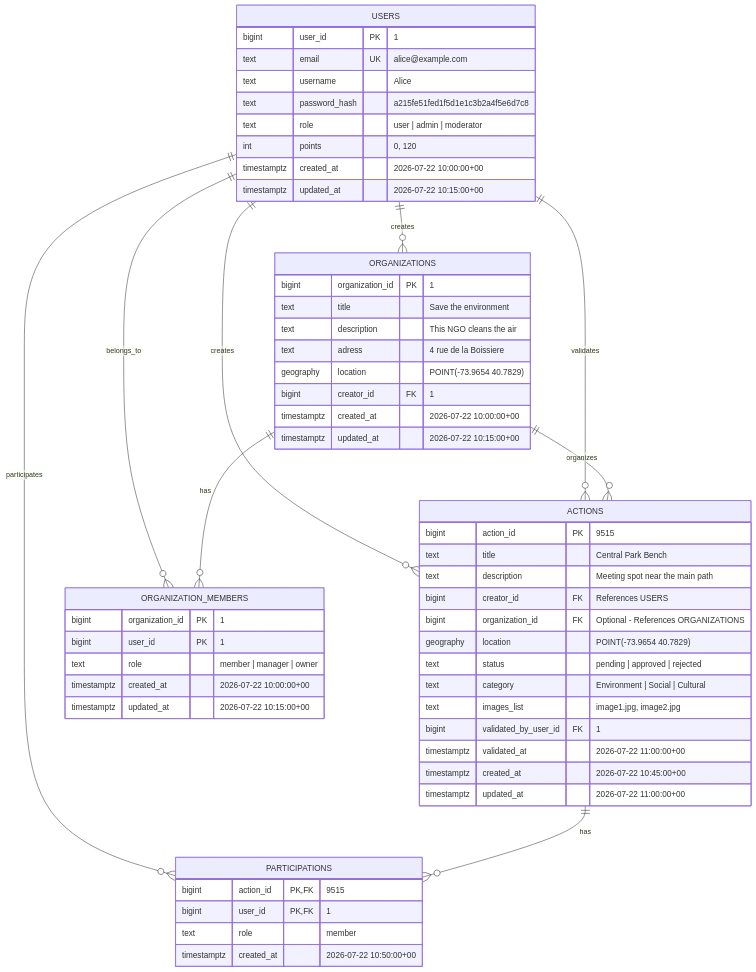
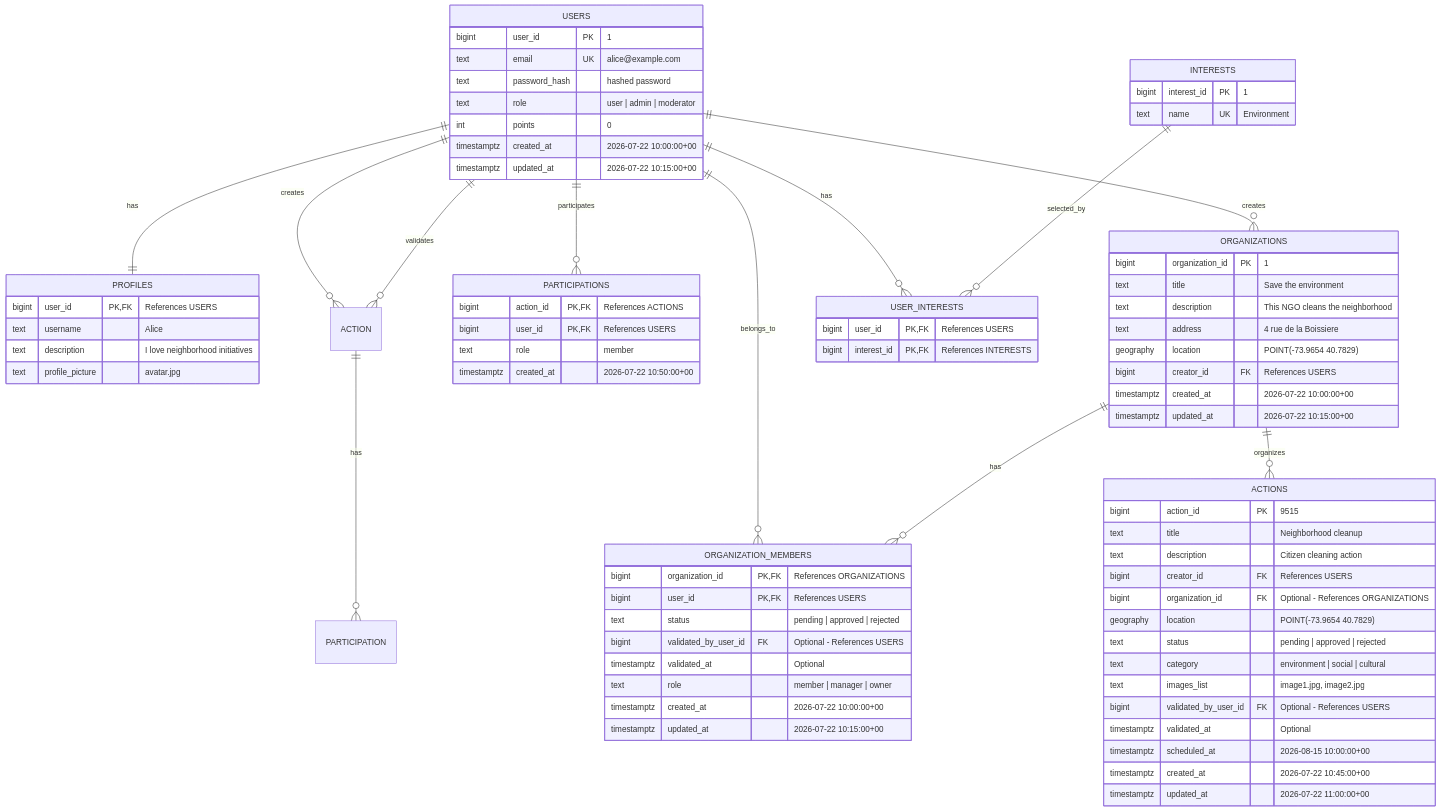
The diagram in Docs/database.md (Pioupiounade/Transcendance), drawn with Mermaid before and after one commit. The commit also changed 1 other file, not shown here.

Commit message:
modifs schema prisma avant d'aller delog la connasse qui a pique mon poste

````diff
--- a/Docs/database.md
+++ b/Docs/database.md
@@ -5,66 +5,91 @@
 ```mermaid
-erDiagram
-    USERS ||--o{ ACTIONS : creates
-    USERS ||--o{ ACTIONS : validates
+   erDiagram
+   
+   USERS ||--|| PROFILES : has
+
+    USERS ||--o{ ACTION : creates
+    USERS ||--o{ ACTION : validates
     USERS ||--o{ PARTICIPATIONS : participates
-    ACTIONS ||--o{ PARTICIPATIONS : has
+    ACTION ||--o{ PARTICIPATION : has
 
     USERS ||--o{ ORGANIZATIONS : creates
     USERS ||--o{ ORGANIZATION_MEMBERS : belongs_to
     ORGANIZATIONS ||--o{ ORGANIZATION_MEMBERS : has
     ORGANIZATIONS ||--o{ ACTIONS : organizes
 
-	USERS {
-		bigint user_id PK "1"
-		text email UK "alice@example.com"
-		text username "Alice"
-		text password_hash "a215fe51fed1f5d1e1c3b2a4f5e6d7c8"
-		text role "user | admin | moderator"
-		int points "0, 120"
-		timestamptz created_at "2026-07-22 10:00:00+00"
-		timestamptz updated_at "2026-07-22 10:15:00+00"
-	}
+    USERS ||--o{ USER_INTERESTS : has
+    INTERESTS ||--o{ USER_INTERESTS : selected_by
 
-	ACTIONS {
-		bigint action_id PK "9515"
-		text title "Central Park Bench"
-		text description "Meeting spot near the main path"
+    USERS {
+        bigint user_id PK "1"
+        text email UK "alice@example.com"
+        text password_hash "hashed password"
+        text role "user | admin | moderator"
+        int points "0"
+        timestamptz created_at "2026-07-22 10:00:00+00"
+        timestamptz updated_at "2026-07-22 10:15:00+00"
+    }
+
+    PROFILES {
+        bigint user_id PK,FK "References USERS"
+        text username "Alice"
+        text description "I love neighborhood initiatives"
+        text profile_picture "avatar.jpg"
+    }
+
+    ACTIONS {
+        bigint action_id PK "9515"
+        text title "Neighborhood cleanup"
+        text description "Citizen cleaning action"
         bigint creator_id FK "References USERS"
         bigint organization_id FK "Optional - References ORGANIZATIONS"
-		geography location "POINT(-73.9654 40.7829)"
-		text status "pending | approved | rejected"
-		text category "Environment | Social | Cultural"
-		text images_list "image1.jpg, image2.jpg"
-		bigint validated_by_user_id FK "1"
-		timestamptz validated_at "2026-07-22 11:00:00+00"
-		timestamptz created_at "2026-07-22 10:45:00+00"
-		timestamptz updated_at "2026-07-22 11:00:00+00"
-	}
+        geography location "POINT(-73.9654 40.7829)"
+        text status "pending | approved | rejected"
+        text category "environment | social | cultural"
+        text images_list "image1.jpg, image2.jpg"
+        bigint validated_by_user_id FK "Optional - References USERS"
+        timestamptz validated_at "Optional"
+        timestamptz scheduled_at "2026-08-15 10:00:00+00"
+        timestamptz created_at "2026-07-22 10:45:00+00"
+        timestamptz updated_at "2026-07-22 11:00:00+00"
+    }
 
-	PARTICIPATIONS {
-		bigint action_id PK, FK "9515"
-		bigint user_id PK, FK "1"
-		text role "member"
-		timestamptz created_at "2026-07-22 10:50:00+00"
-	}
+    PARTICIPATIONS {
+        bigint action_id PK,FK "References ACTIONS"
+        bigint user_id PK,FK "References USERS"
+        text role "member"
+        timestamptz created_at "2026-07-22 10:50:00+00"
+    }
 
-	ORGANIZATIONS {
-		bigint organization_id PK "1"
-		text title "Save the environment"
-		text description "This NGO cleans the air"
-		text adress "4 rue de la Boissiere"
-		geography location "POINT(-73.9654 40.7829)"
-		bigint creator_id FK "1"
-		timestamptz created_at "2026-07-22 10:00:00+00"
-		timestamptz updated_at "2026-07-22 10:15:00+00"
-	}
+    ORGANIZATIONS {
+        bigint organization_id PK "1"
+        text title "Save the environment"
+        text description "This NGO cleans the neighborhood"
+        text address "4 rue de la Boissiere"
+        geography location "POINT(-73.9654 40.7829)"
+        bigint creator_id FK "References USERS"
+        timestamptz created_at "2026-07-22 10:00:00+00"
+        timestamptz updated_at "2026-07-22 10:15:00+00"
+    }
 
-	ORGANIZATION_MEMBERS {
-		bigint organization_id PK "1"
-		bigint user_id PK "1"
-		text role "member | manager | owner"
-		timestamptz created_at "2026-07-22 10:00:00+00"
-		timestamptz updated_at "2026-07-22 10:15:00+00"
-	}
+    ORGANIZATION_MEMBERS {
+        bigint organization_id PK,FK "References ORGANIZATIONS"
+        bigint user_id PK,FK "References USERS"
+        text status "pending | approved | rejected"
+        bigint validated_by_user_id FK "Optional - References USERS"
+        timestamptz validated_at "Optional"
+        text role "member | manager | owner"
+        timestamptz created_at "2026-07-22 10:00:00+00"
+        timestamptz updated_at "2026-07-22 10:15:00+00"
+    }
 
+    INTERESTS {
+        bigint interest_id PK "1"
+        text name UK "Environment"
+    }
+
+    USER_INTERESTS {
+        bigint user_id PK,FK "References USERS"
+        bigint interest_id PK,FK "References INTERESTS"
+    }
 ```
````
